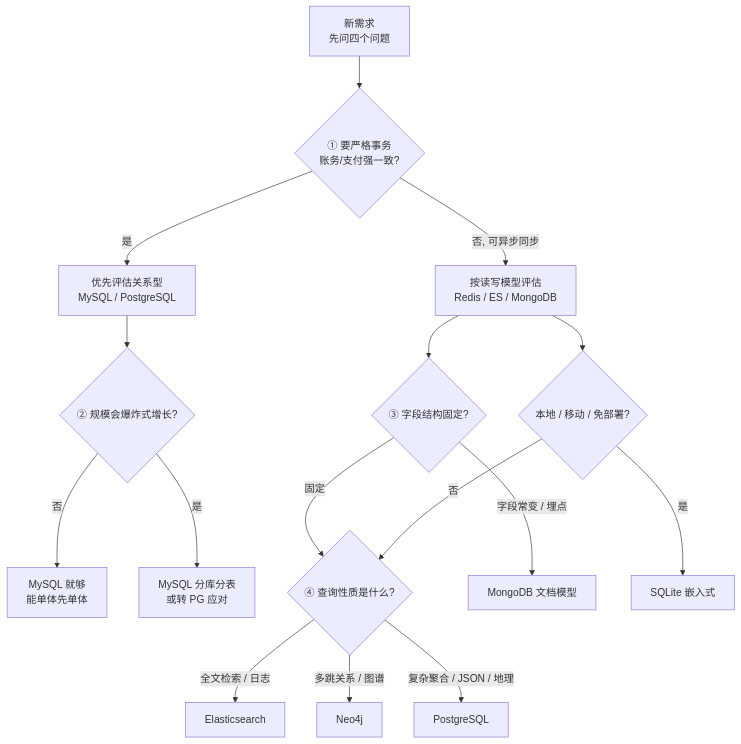
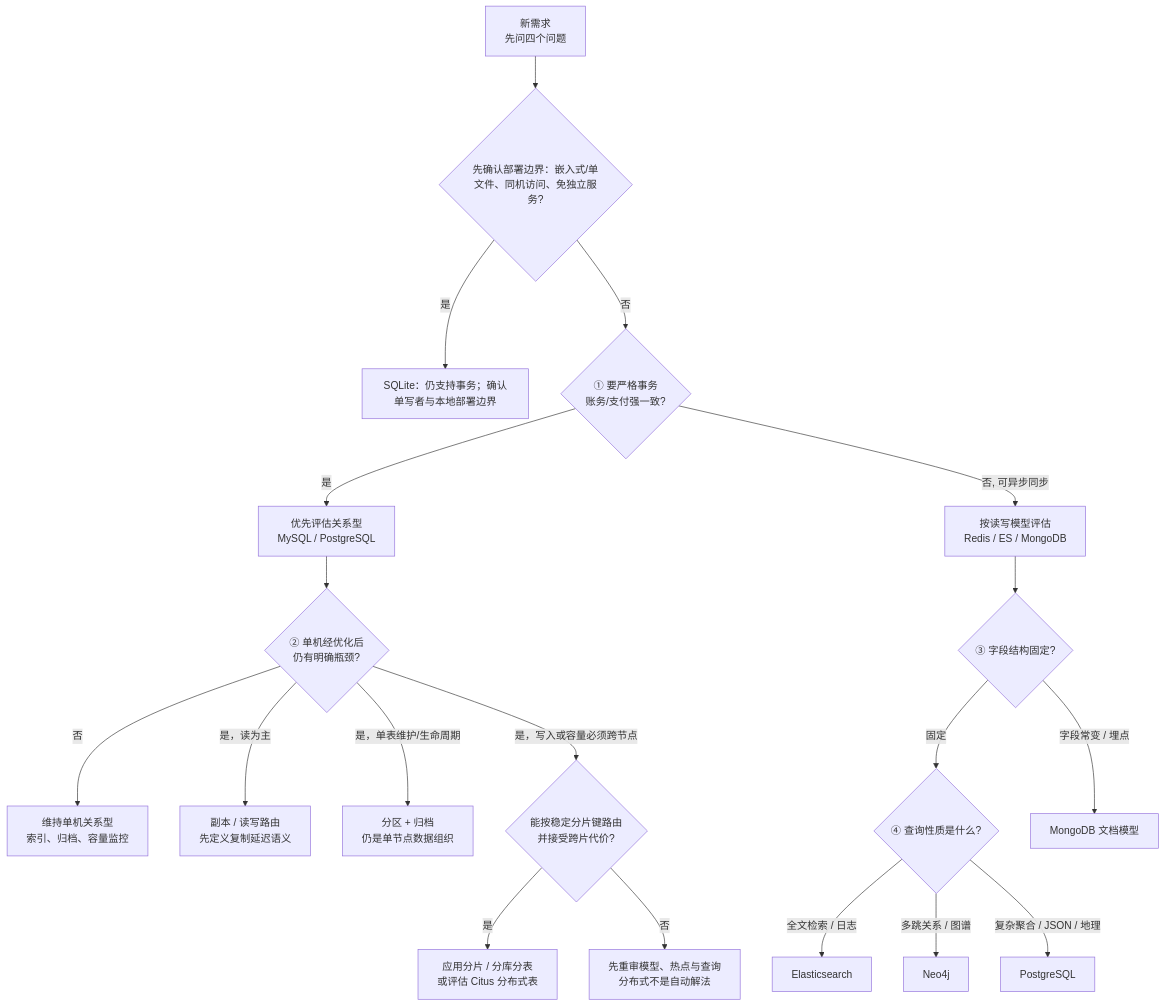
The diagram in docs/08-阶段八-数据库专家/00-阶段总览与选型决策.md (CrazyForks/java-full-stack), drawn with Mermaid before and after one commit. The commit also changed other lines of this file and 58 other files, not shown here.

````diff
--- a/docs/08-阶段八-数据库专家/00-阶段总览与选型决策.md
+++ b/docs/08-阶段八-数据库专家/00-阶段总览与选型决策.md
@@ -68,18 +68,21 @@
 ```mermaid
 flowchart TD
-    A["新需求<br/>先问四个问题"] --> B{"① 要严格事务<br/>账务/支付强一致?"}
+    A["新需求<br/>先问四个问题"] --> N{"先确认部署边界：嵌入式/单文件、同机访问、免独立服务?"}
+    N -- 是 --> O["SQLite：仍支持事务；确认单写者与本地部署边界"]
+    N -- 否 --> B{"① 要严格事务<br/>账务/支付强一致?"}
     B -- 是 --> C["优先评估关系型<br/>MySQL / PostgreSQL"]
     B -- 否, 可异步同步 --> D["按读写模型评估<br/>Redis / ES / MongoDB"]
-    C --> E{"② 规模会爆炸式增长?"}
-    E -- 否 --> F["MySQL 就够<br/>能单体先单体"]
-    E -- 是 --> G["MySQL 分库分表<br/>或转 PG 应对"]
+    C --> E{"② 单机经优化后<br/>仍有明确瓶颈?"}
+    E -- 否 --> F["维持单机关系型<br/>索引、归档、容量监控"]
+    E -- 是，读为主 --> G["副本 / 读写路由<br/>先定义复制延迟语义"]
+    E -- 是，单表维护/生命周期 --> P["分区 + 归档<br/>仍是单节点数据组织"]
+    E -- 是，写入或容量必须跨节点 --> Q{"能按稳定分片键路由<br/>并接受跨片代价?"}
+    Q -- 是 --> R["应用分片 / 分库分表<br/>或评估 Citus 分布式表"]
+    Q -- 否 --> S["先重审模型、热点与查询<br/>分布式不是自动解法"]
     D --> H{"③ 字段结构固定?"}
     H -- 固定 --> I{"④ 查询性质是什么?"}
     I -- 全文检索 / 日志 --> J["Elasticsearch"]
     I -- 多跳关系 / 图谱 --> K["Neo4j"]
     I -- 复杂聚合 / JSON / 地理 --> L["PostgreSQL"]
     H -- 字段常变 / 埋点 --> M["MongoDB 文档模型"]
-    D --> N{"本地 / 移动 / 免部署?"}
-    N -- 是 --> O["SQLite 嵌入式"]
-    N -- 否 --> I
 ```
````
